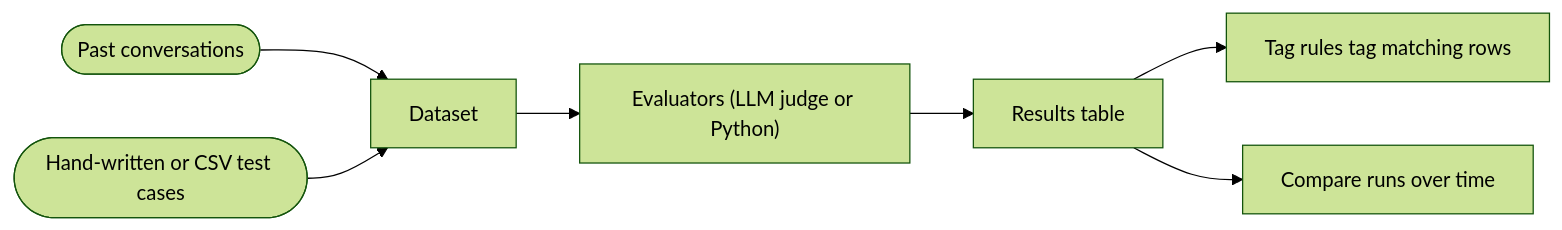
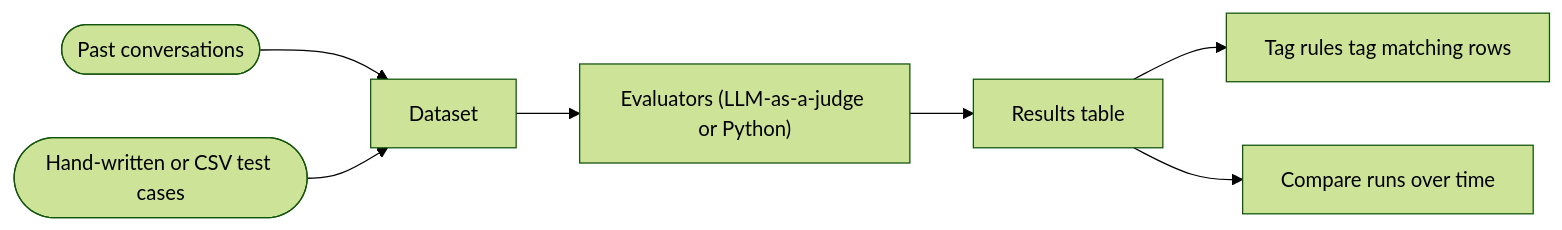
The diagram in docs/concepts/evaluations/index.md (dimagi/open-chat-studio-docs), drawn with Mermaid (forest theme) before and after one commit. The commit also changed other lines of this file and 9 other files, not shown here.

Commit message:
Consistent terminology for "LLM-as-a-Judge" technique

````diff
--- a/docs/concepts/evaluations/index.md
+++ b/docs/concepts/evaluations/index.md
@@ -9,9 +9,9 @@
 ```mermaid
 flowchart LR
     sessions([Past conversations]) --> dataset[Dataset]
     manual([Hand-written or CSV test cases]) --> dataset
-    dataset --> evaluators["Evaluators (LLM judge or Python)"]
+    dataset --> evaluators["Evaluators (LLM-as-a-judge or Python)"]
     evaluators --> results[Results table]
     results --> tags[Tag rules tag matching rows]
     results --> compare[Compare runs over time]
 ```
````
